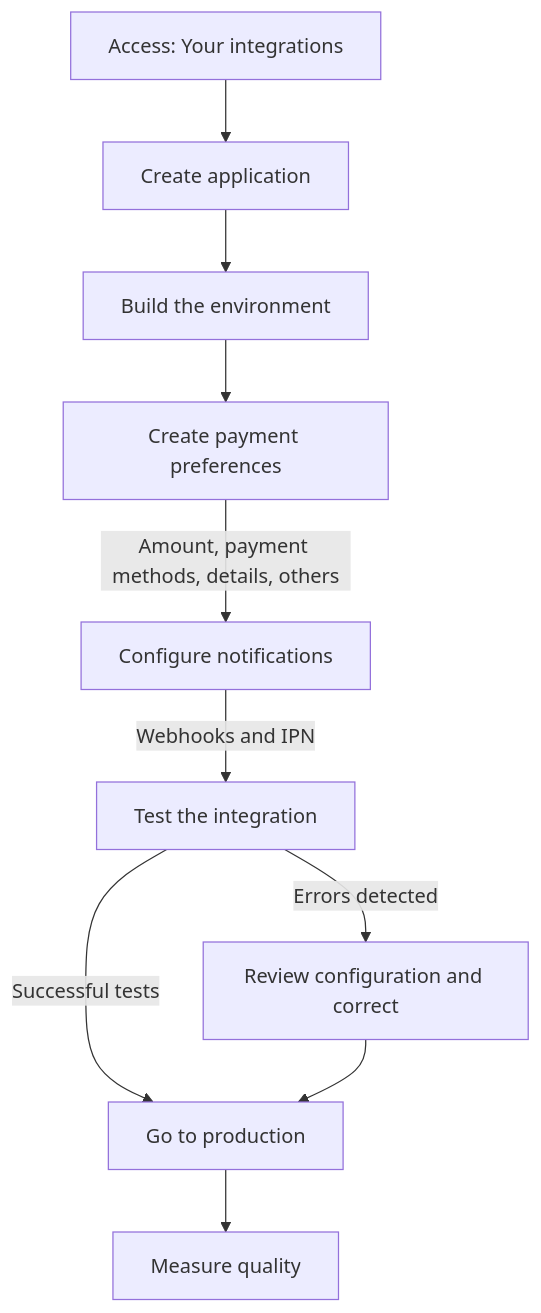
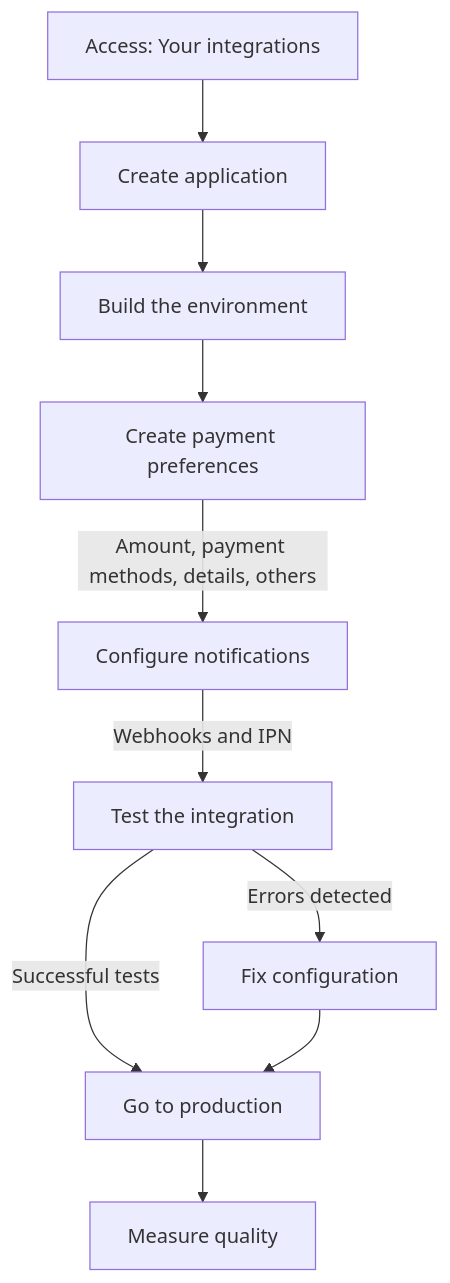
One commit to 22Neves/devsite-docs changed the diagram in guides/checkout-pro/overview.en.md. Above: the diagram before and after it, drawn with Mermaid. The commit also changed 2 other files, not shown here.

Commit message:
fix por feedbacks UX

```diff
--- a/guides/checkout-pro/overview.en.md
+++ b/guides/checkout-pro/overview.en.md
@@ -164,12 +164,12 @@
     <pre class="mermaid">
     flowchart TD
             A["Access: Your integrations"] --> B["Create application"]
             B --> C["Build the environment"]
             C --> D["Create payment preferences"]
             D -- Amount, payment methods, details, others --> F["Configure notifications"]
             F -- Webhooks and IPN --> E["Test the integration"]
             E -- Successful tests --> H["Go to production"]
-            E -- Errors detected --> I["Review configuration and correct"]
+            E -- Errors detected --> I["Fix configuration"]
             I --> H
             H --> J["Measure quality"]
     </pre>
```
